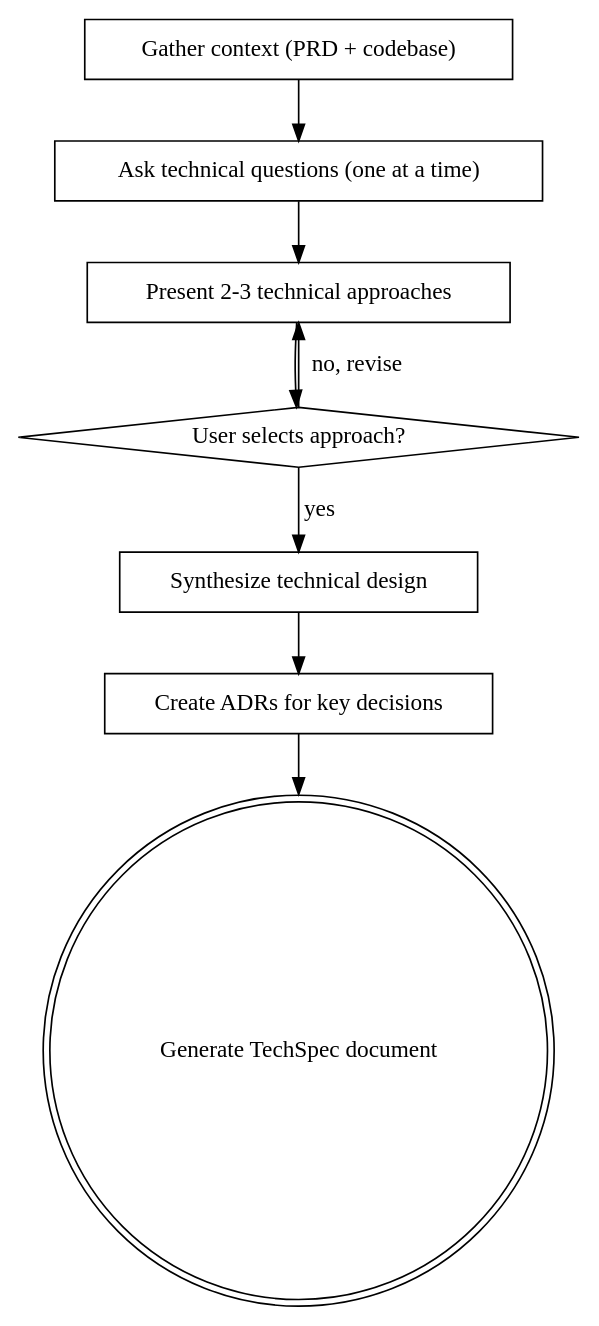
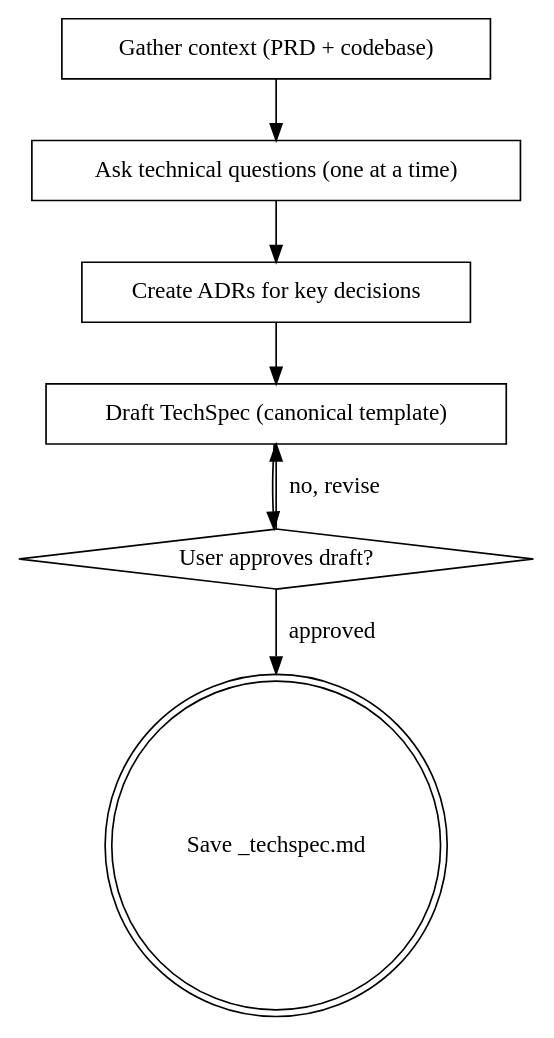
Before and after one commit to compozy/agh: the diagram in .agents/skills/cy-create-techspec/SKILL.md, drawn with Graphviz. The commit also changed other lines of this file and 11 other files, not shown here.

````diff
--- a/.agents/skills/cy-create-techspec/SKILL.md
+++ b/.agents/skills/cy-create-techspec/SKILL.md
@@ -80,19 +106,17 @@
 ```dot
 digraph create_techspec {
     "Gather context (PRD + codebase)" [shape=box];
     "Ask technical questions (one at a time)" [shape=box];
-    "Present 2-3 technical approaches" [shape=box];
-    "User selects approach?" [shape=diamond];
-    "Synthesize technical design" [shape=box];
     "Create ADRs for key decisions" [shape=box];
-    "Generate TechSpec document" [shape=doublecircle];
+    "Draft TechSpec (canonical template)" [shape=box];
+    "User approves draft?" [shape=diamond];
+    "Save _techspec.md" [shape=doublecircle];
 
     "Gather context (PRD + codebase)" -> "Ask technical questions (one at a time)";
-    "Ask technical questions (one at a time)" -> "Present 2-3 technical approaches";
-    "Present 2-3 technical approaches" -> "User selects approach?";
-    "User selects approach?" -> "Present 2-3 technical approaches" [label="no, revise"];
-    "User selects approach?" -> "Synthesize technical design" [label="yes"];
-    "Synthesize technical design" -> "Create ADRs for key decisions";
-    "Create ADRs for key decisions" -> "Generate TechSpec document";
+    "Ask technical questions (one at a time)" -> "Create ADRs for key decisions";
+    "Create ADRs for key decisions" -> "Draft TechSpec (canonical template)";
+    "Draft TechSpec (canonical template)" -> "User approves draft?";
+    "User approves draft?" -> "Draft TechSpec (canonical template)" [label="no, revise"];
+    "User approves draft?" -> "Save _techspec.md" [label="approved"];
 }
 ```
````
